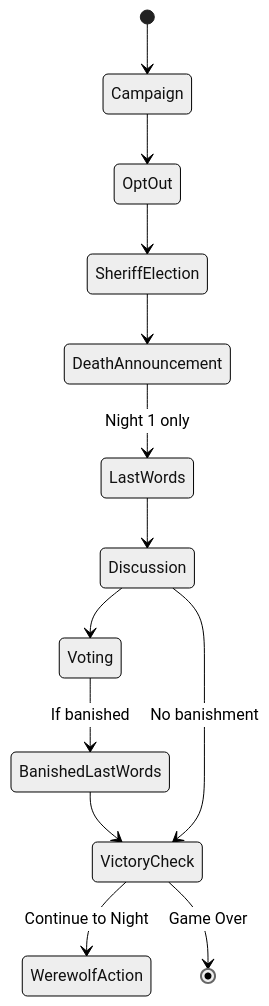
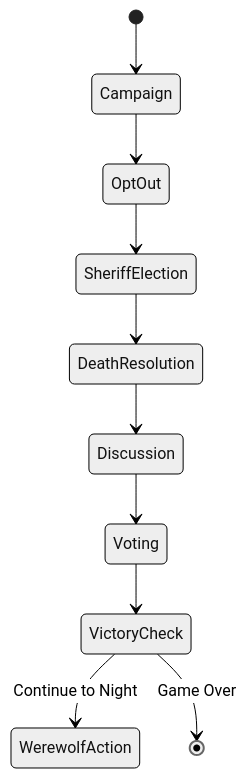
One commit to JerryAZR/werewolf-ai changed the second of 3 diagrams in PHASES.md. Above: the diagram before and after it, drawn with Mermaid (neutral theme). The commit also changed other lines of this file, not shown here.

First line of the commit message:
docs: update PHASES.md to reflect DeathResolution consolidation

````diff
--- a/PHASES.md
+++ b/PHASES.md
@@ -100,15 +99,12 @@
 ```mermaid
 stateDiagram-v2
     [*] --> Campaign
     Campaign --> OptOut
     OptOut --> SheriffElection
-    SheriffElection --> DeathAnnouncement
-    DeathAnnouncement --> LastWords: Night 1 only
-    LastWords --> Discussion
+    SheriffElection --> DeathResolution
+    DeathResolution --> Discussion
     Discussion --> Voting
-    Voting --> BanishedLastWords: If banished
-    BanishedLastWords --> VictoryCheck
-    Discussion --> VictoryCheck: No banishment
+    Voting --> VictoryCheck
     VictoryCheck --> WerewolfAction: Continue to Night
     VictoryCheck --> [*]: Game Over
 ```
````
